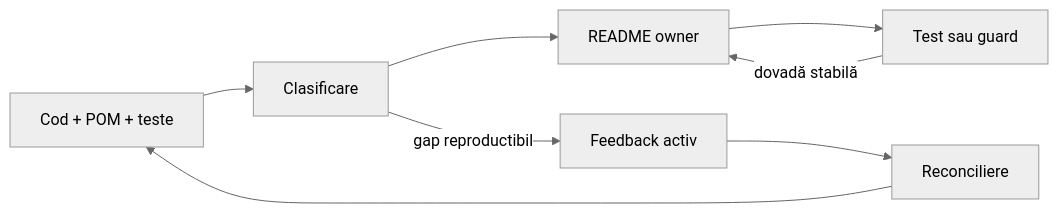
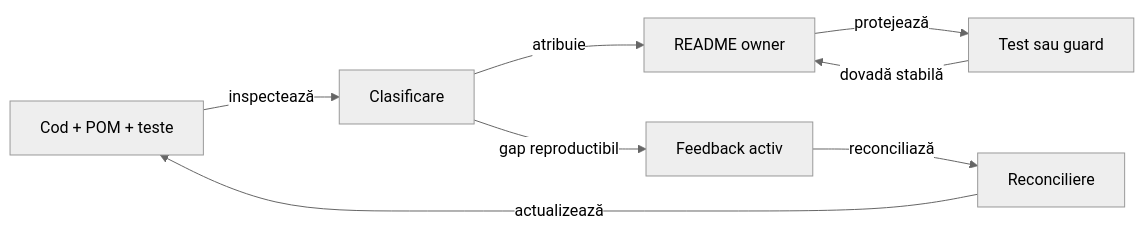
One commit to crististefanita/demo2 changed the diagram in docs/README_Atf_DocumentationBestPractices.md. Above: the diagram before and after it, drawn with Mermaid (neutral theme). The commit also changed other lines of this file and 52 other files, not shown here.

````diff
--- a/docs/README_Atf_DocumentationBestPractices.md
+++ b/docs/README_Atf_DocumentationBestPractices.md
@@ -64,15 +67,16 @@
 ```mermaid
 flowchart LR
     Live[Cod + POM + teste]
     Classify[Clasificare]
     Owner[README owner]
     Gate[Test sau guard]
     Feedback[Feedback activ]
     Reconcile[Reconciliere]
-    Live --> Classify
-    Classify --> Owner
-    Owner --> Gate
+    Live -->|inspectează| Classify
+    Classify -->|atribuie| Owner
+    Owner -->|protejează| Gate
     Gate -->|dovadă stabilă| Owner
     Classify -->|gap reproductibil| Feedback
-    Feedback --> Reconcile --> Live
+    Feedback -->|reconciliază| Reconcile
+    Reconcile -->|actualizează| Live
 ```
````
